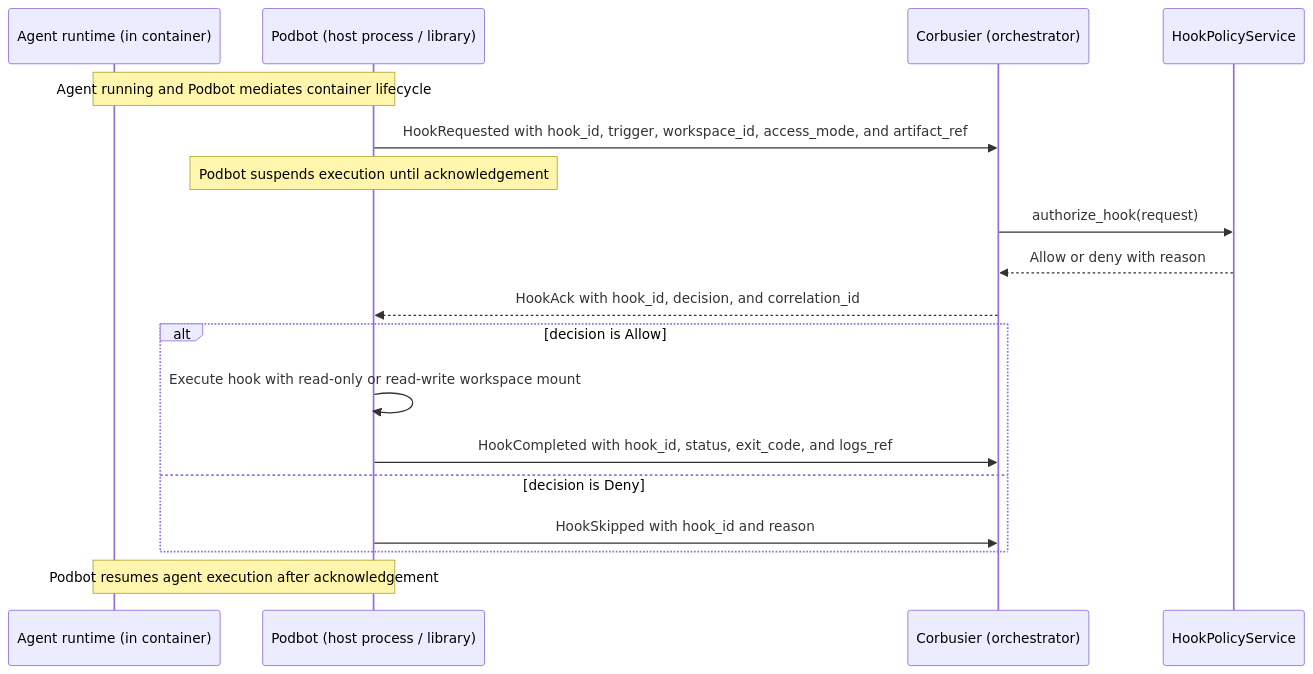
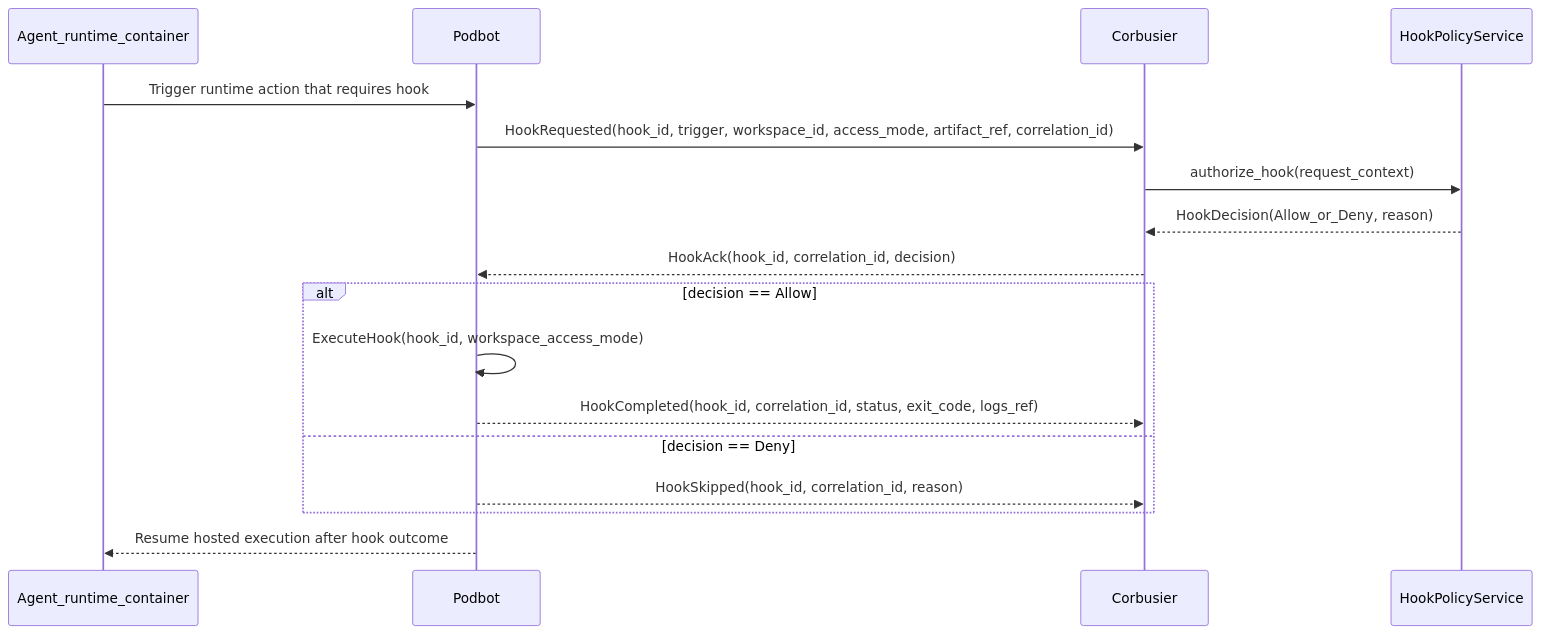
One commit to leynos/corbusier changed the third of 3 diagrams in docs/podbot-conformance-design-for-agents-mcp-wires-and-hooks.md. Above: the diagram before and after it, drawn with Mermaid. The commit also changed other lines of this file and 7 other files, not shown here.

````diff
--- a/docs/podbot-conformance-design-for-agents-mcp-wires-and-hooks.md
+++ b/docs/podbot-conformance-design-for-agents-mcp-wires-and-hooks.md
@@ -901,21 +998,20 @@
 ```mermaid
 sequenceDiagram
-    participant A as Agent runtime (in container)
-    participant P as Podbot (host process / library)
-    participant C as Corbusier (orchestrator)
+    participant Agent as Agent_runtime_container
+    participant P as Podbot
+    participant C as Corbusier
     participant H as HookPolicyService
 
-    Note over P,A: Agent running and Podbot mediates container lifecycle
-    P->>C: HookRequested with hook_id, trigger, workspace_id, access_mode, and artifact_ref
-    Note over P: Podbot suspends execution until acknowledgement
-    C->>H: authorize_hook(request)
-    H-->>C: Allow or deny with reason
-    C-->>P: HookAck with hook_id, decision, and correlation_id
-    alt decision is Allow
-        P->>P: Execute hook with read-only or read-write workspace mount
-        P->>C: HookCompleted with hook_id, status, exit_code, and logs_ref
-    else decision is Deny
-        P->>C: HookSkipped with hook_id and reason
+    Agent->>P: Trigger runtime action that requires hook
+    P->>C: HookRequested(hook_id, trigger, workspace_id, access_mode, artifact_ref, correlation_id)
+    C->>H: authorize_hook(request_context)
+    H-->>C: HookDecision(Allow_or_Deny, reason)
+    C-->>P: HookAck(hook_id, correlation_id, decision)
+    alt decision == Allow
+        P->>P: ExecuteHook(hook_id, workspace_access_mode)
+        P-->>C: HookCompleted(hook_id, correlation_id, status, exit_code, logs_ref)
+    else decision == Deny
+        P-->>C: HookSkipped(hook_id, correlation_id, reason)
     end
-    Note over P,A: Podbot resumes agent execution after acknowledgement
+    P-->>Agent: Resume hosted execution after hook outcome
 ```
````
